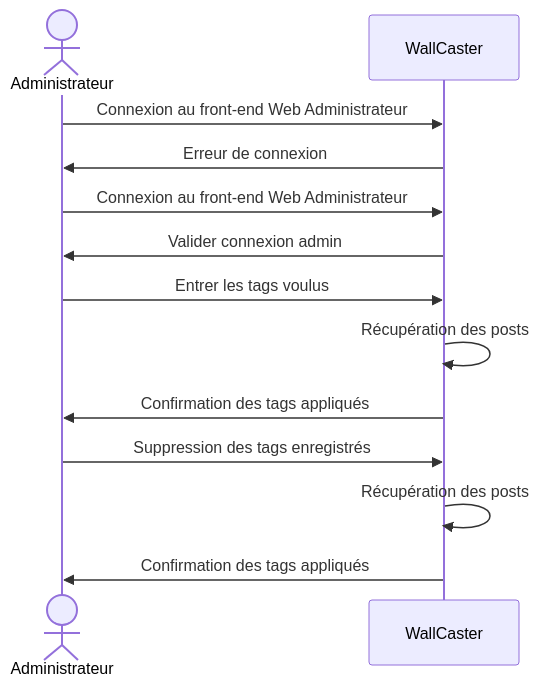
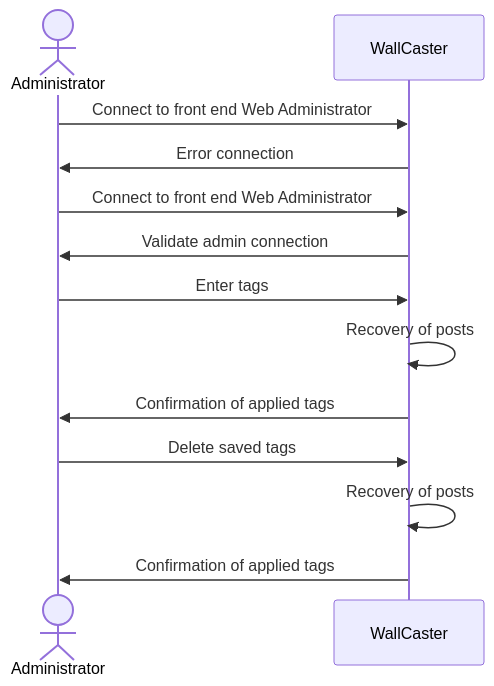
Diagram 15 of 17 in doc/analisis-report.md (WallCaster/WallCaster), drawn with Mermaid before and after one commit. The commit also changed other lines of this file, not shown here.

````diff
--- a/doc/analisis-report.md
+++ b/doc/analisis-report.md
@@ -302,16 +303,16 @@
 ```mermaid
 sequenceDiagram
-  actor A as Administrateur
+  actor A as Administrator
   participant W as WallCaster
 
-  A ->> W : Connexion au front-end Web Administrateur
-  W ->> A : Erreur de connexion
-  A ->> W : Connexion au front-end Web Administrateur
-  W ->> A : Valider connexion admin
-  A ->> W : Entrer les tags voulus
-  W ->> W : Récupération des posts
-  W ->> A : Confirmation des tags appliqués
-  A ->> W : Suppression des tags enregistrés
-  W ->> W : Récupération des posts
-  W ->> A : Confirmation des tags appliqués
+  A ->> W : Connect to front end Web Administrator
+  W ->> A : Error connection
+  A ->> W : Connect to front end Web Administrator
+  W ->> A : Validate admin connection
+  A ->> W : Enter tags
+  W ->> W : Recovery of posts
+  W ->> A : Confirmation of applied tags
+  A ->> W : Delete saved tags
+  W ->> W : Recovery of posts
+  W ->> A : Confirmation of applied tags
 ```
````
